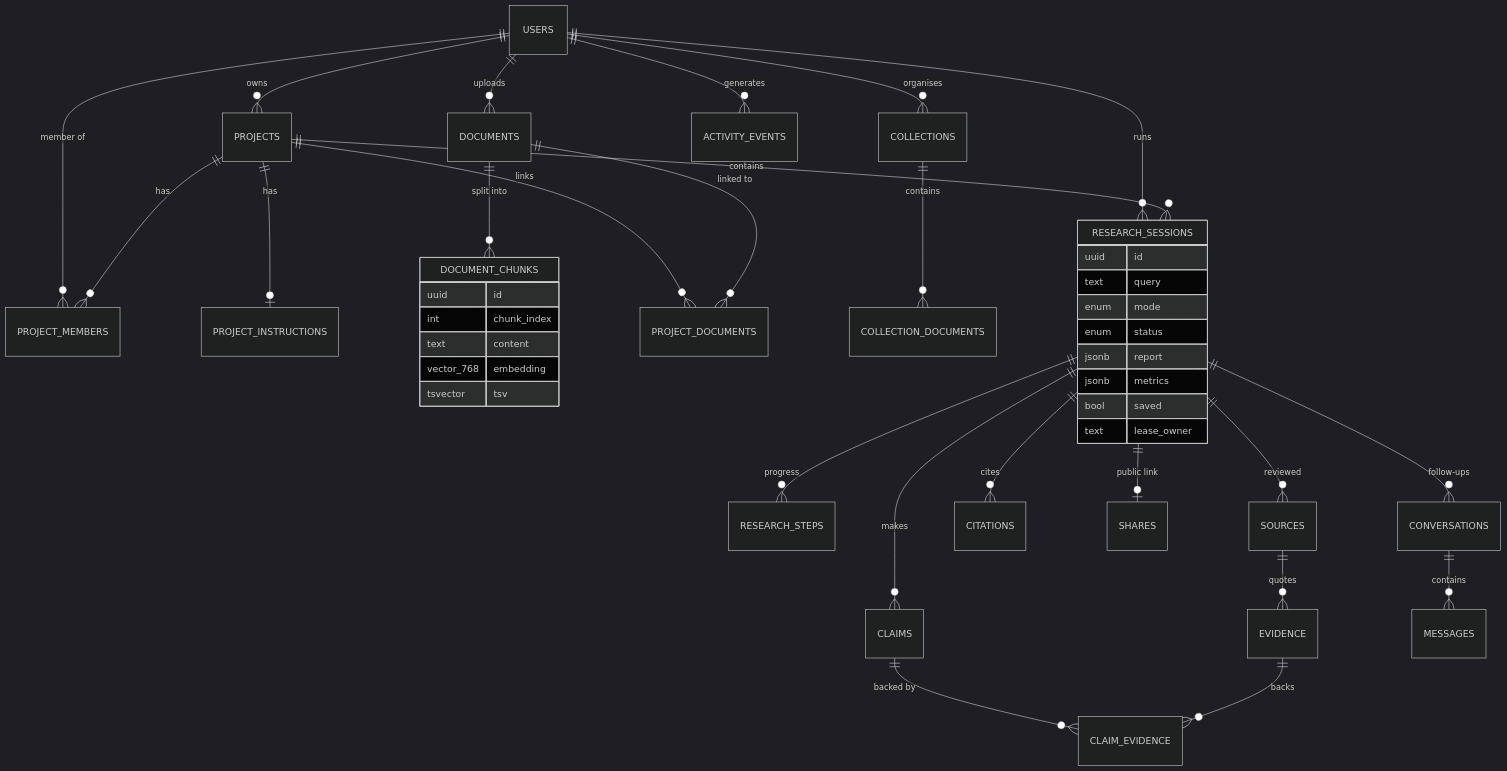
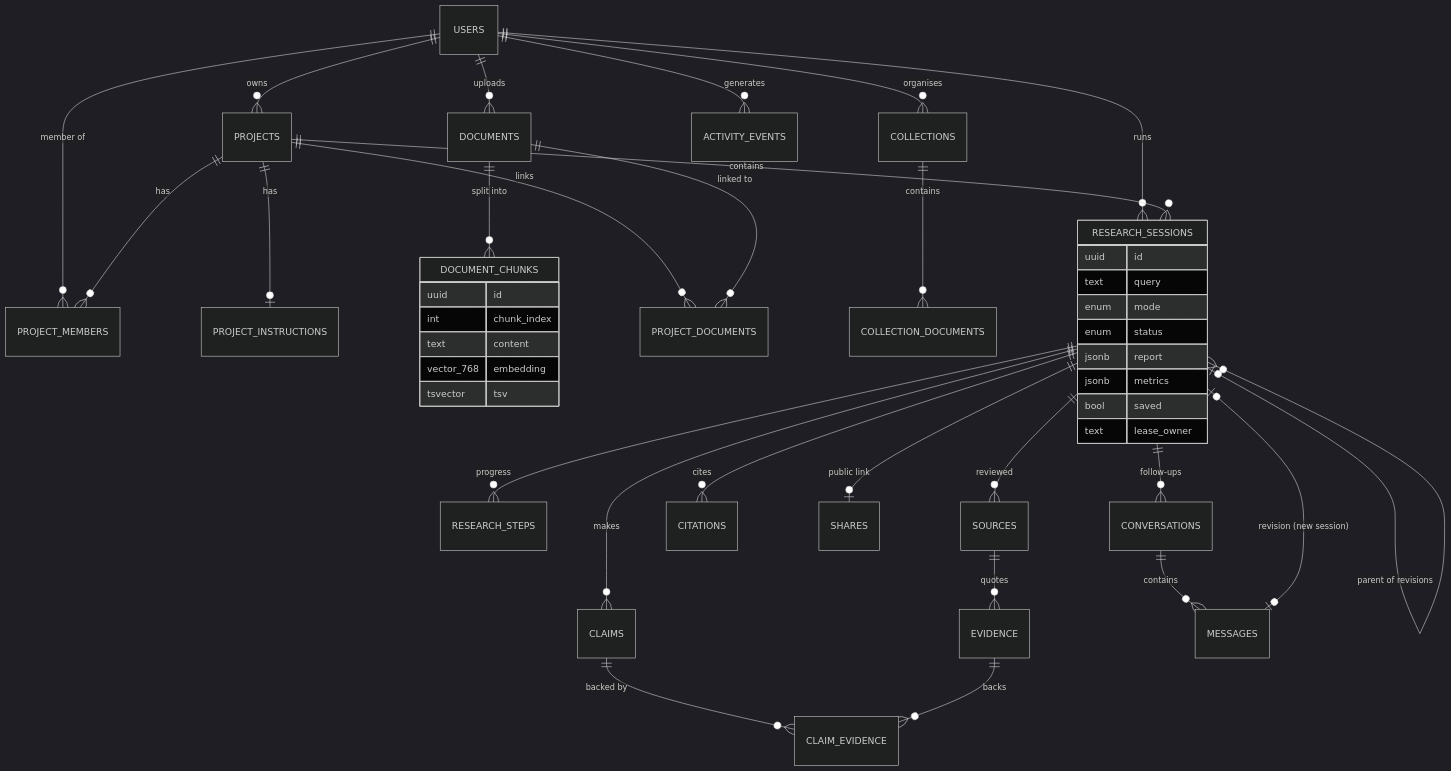
The eighth of 11 diagrams in README.md (Nakshatra480/Pramaan-AI), drawn with Mermaid (dark theme) before and after one commit. The commit also changed other lines of this file and 24 other files, not shown here.

````diff
--- a/README.md
+++ b/README.md
@@ -283,44 +301,46 @@
 ```mermaid
 erDiagram
     USERS ||--o{ PROJECTS : owns
     USERS ||--o{ PROJECT_MEMBERS : "member of"
     PROJECTS ||--o{ PROJECT_MEMBERS : has
     PROJECTS ||--o| PROJECT_INSTRUCTIONS : has
     USERS ||--o{ DOCUMENTS : uploads
     DOCUMENTS ||--o{ DOCUMENT_CHUNKS : "split into"
     PROJECTS ||--o{ PROJECT_DOCUMENTS : links
     DOCUMENTS ||--o{ PROJECT_DOCUMENTS : "linked to"
     USERS ||--o{ COLLECTIONS : organises
     COLLECTIONS ||--o{ COLLECTION_DOCUMENTS : contains
     USERS ||--o{ RESEARCH_SESSIONS : runs
     PROJECTS ||--o{ RESEARCH_SESSIONS : contains
     RESEARCH_SESSIONS ||--o{ RESEARCH_STEPS : "progress"
     RESEARCH_SESSIONS ||--o{ SOURCES : reviewed
     SOURCES ||--o{ EVIDENCE : quotes
     RESEARCH_SESSIONS ||--o{ CLAIMS : makes
     CLAIMS ||--o{ CLAIM_EVIDENCE : "backed by"
     EVIDENCE ||--o{ CLAIM_EVIDENCE : backs
     RESEARCH_SESSIONS ||--o{ CITATIONS : cites
     RESEARCH_SESSIONS ||--o| SHARES : "public link"
     RESEARCH_SESSIONS ||--o{ CONVERSATIONS : "follow-ups"
     CONVERSATIONS ||--o{ MESSAGES : contains
+    MESSAGES |o--o| RESEARCH_SESSIONS : "revision (new session)"
+    RESEARCH_SESSIONS |o--o{ RESEARCH_SESSIONS : "parent of revisions"
     USERS ||--o{ ACTIVITY_EVENTS : generates
 
     DOCUMENT_CHUNKS {
         uuid id
         int chunk_index
         text content
         vector_768 embedding
         tsvector tsv
     }
     RESEARCH_SESSIONS {
         uuid id
         text query
         enum mode
         enum status
         jsonb report
         jsonb metrics
         bool saved
         text lease_owner
     }
 ```
````
